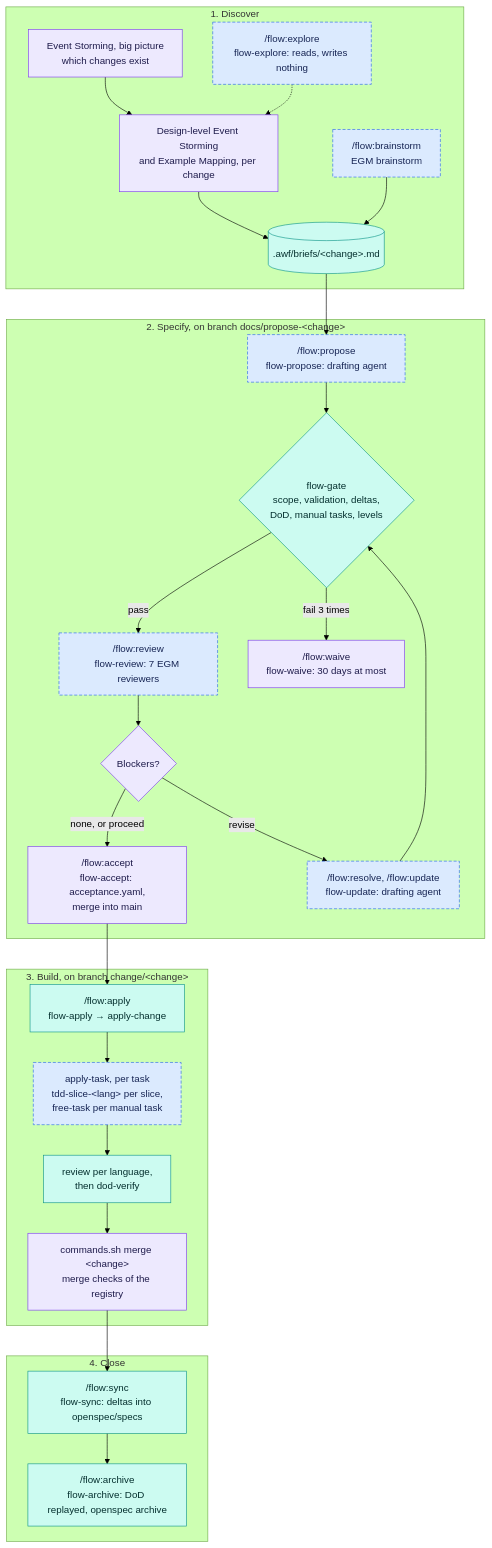
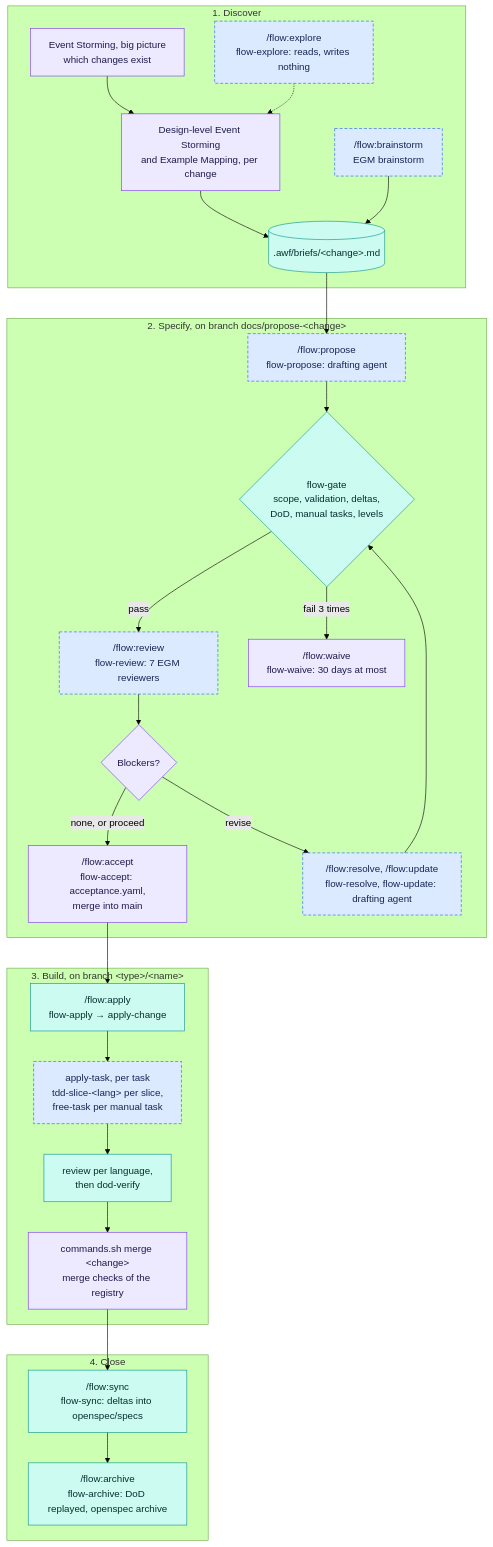
Before and after one commit to gplanchat/awf-workflow-openspec-tdd: the first of 2 diagrams in README.md, drawn with Mermaid (forest theme). The commit also changed other lines of this file and 19 other files, not shown here.

````diff
--- a/README.md
+++ b/README.md
@@ -39,50 +39,50 @@
 ```mermaid
 flowchart TD
   subgraph discover["1. Discover"]
     ES["Event Storming, big picture<br/>which changes exist"]
     EXP["/flow:explore<br/>flow-explore: reads, writes nothing"]
     EM["Design-level Event Storming<br/>and Example Mapping, per change"]
     BS["/flow:brainstorm<br/>EGM brainstorm"]
     BRIEF[(".awf/briefs/&lt;change&gt;.md")]
     ES --> EM
     EXP -.-> EM
     EM --> BRIEF
     BS --> BRIEF
   end
 
   subgraph specify["2. Specify, on branch docs/propose-&lt;change&gt;"]
     PROP["/flow:propose<br/>flow-propose: drafting agent"]
     GATES{"flow-gate<br/>scope, validation, deltas,<br/>DoD, manual tasks, levels"}
     REV["/flow:review<br/>flow-review: 7 EGM reviewers"]
     DEC{"Blockers?"}
-    RES["/flow:resolve, /flow:update<br/>flow-update: drafting agent"]
+    RES["/flow:resolve, /flow:update<br/>flow-resolve, flow-update: drafting agent"]
     ACC["/flow:accept<br/>flow-accept: acceptance.yaml,<br/>merge into main"]
     BRIEF --> PROP --> GATES
     GATES -->|pass| REV
     GATES -->|fail 3 times| WAIVE["/flow:waive<br/>flow-waive: 30 days at most"]
     REV --> DEC
     DEC -->|none, or proceed| ACC
     DEC -->|revise| RES --> GATES
   end
 
-  subgraph build["3. Build, on branch change/&lt;change&gt;"]
+  subgraph build["3. Build, on branch &lt;type&gt;/&lt;name&gt;"]
     APP["/flow:apply<br/>flow-apply → apply-change"]
     TASK["apply-task, per task<br/>tdd-slice-&lt;lang&gt; per slice,<br/>free-task per manual task"]
     FIN["review per language,<br/>then dod-verify"]
     MERGE["commands.sh merge &lt;change&gt;<br/>merge checks of the registry"]
     ACC --> APP --> TASK --> FIN --> MERGE
   end
 
   subgraph close["4. Close"]
     SYNC["/flow:sync<br/>flow-sync: deltas into openspec/specs"]
     ARCH["/flow:archive<br/>flow-archive: DoD replayed, openspec archive"]
     MERGE --> SYNC --> ARCH
   end
 
   classDef team fill:#ede9fe,stroke:#7c3aed,color:#1e1b4b
   classDef agent fill:#dbeafe,stroke:#2563eb,stroke-dasharray:5 3,color:#172554
   classDef tool fill:#ccfbf1,stroke:#0d9488,color:#042f2e
   class ES,EM,DEC,ACC,WAIVE,MERGE team
   class EXP,BS,PROP,REV,RES,TASK agent
   class BRIEF,GATES,APP,FIN,SYNC,ARCH tool
 ```
````
